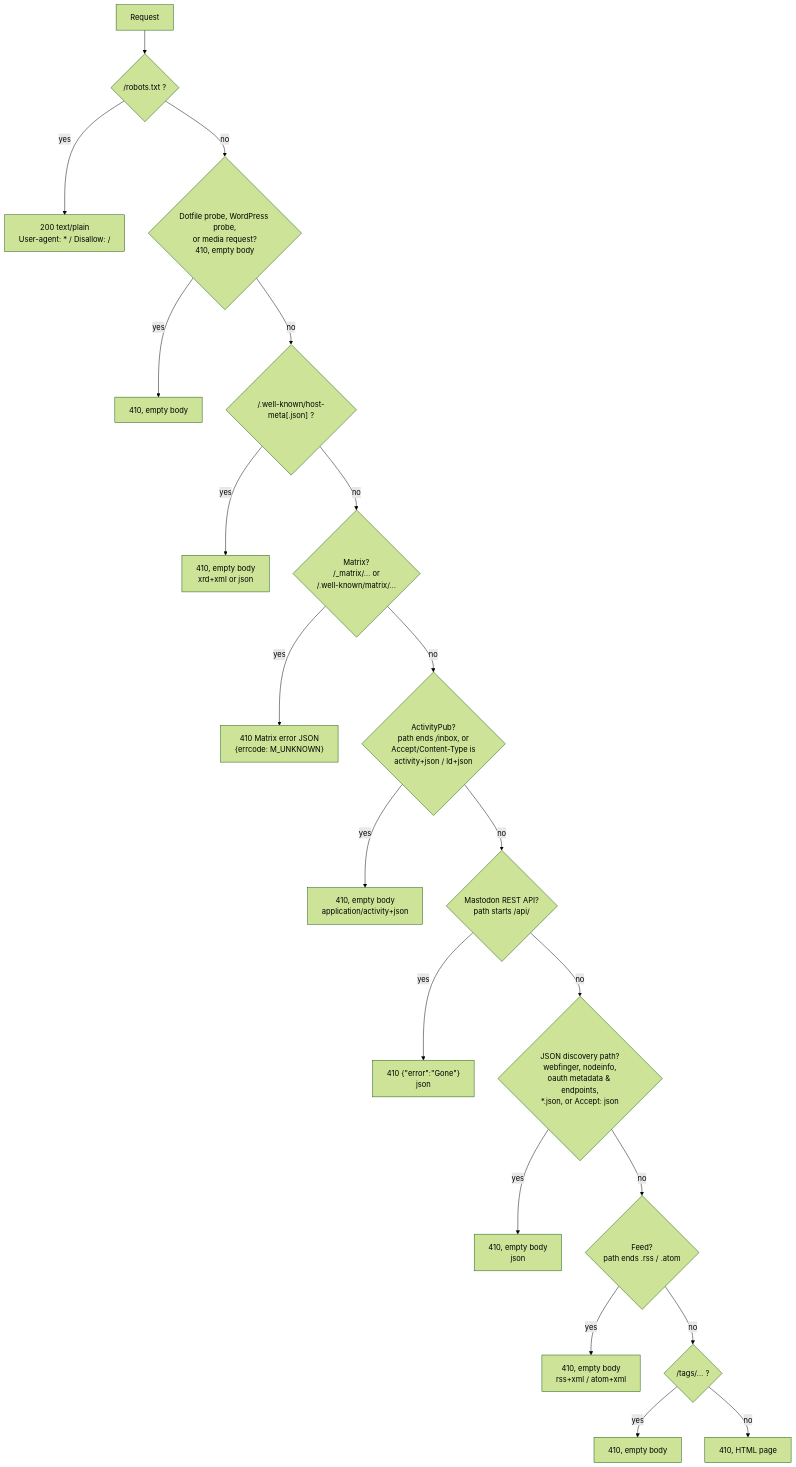
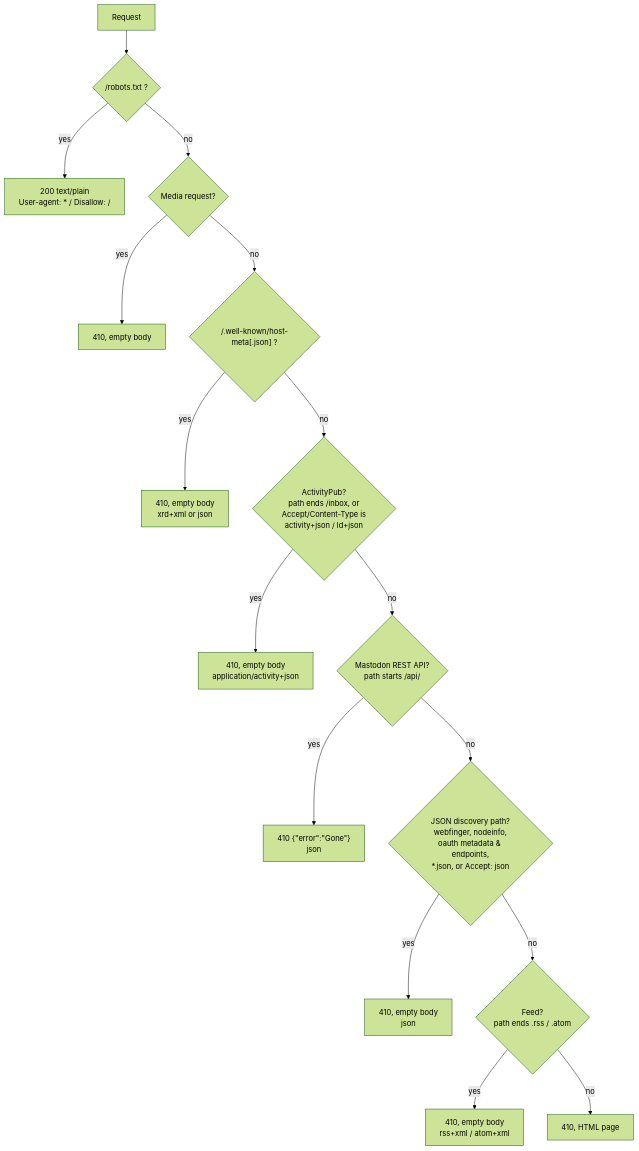
One commit to vmstio/gone changed the diagram in README.md. Above: the diagram before and after it, drawn with Mermaid (forest theme). The commit also changed other lines of this file and 1 other file, not shown here.

First line of the commit message:
Remove Matrix, WordPress, dotfile, and hashtag path handling

````diff
--- a/README.md
+++ b/README.md
@@ -64,22 +64,18 @@
 ```mermaid
 flowchart TD
     A["Request"] --> B{"/robots.txt ?"}
     B -- yes --> B1["200 text/plain\nUser-agent: * / Disallow: /"]
-    B -- no --> C{"Dotfile probe, WordPress probe,\nor media request?\n410, empty body"}
+    B -- no --> C{"Media request?"}
     C -- yes --> C1["410, empty body"]
     C -- no --> E{"/.well-known/host-meta[.json] ?"}
     E -- yes --> E1["410, empty body\nxrd+xml or json"]
-    E -- no --> F{"Matrix?\n/_matrix/… or\n/.well-known/matrix/…"}
-    F -- yes --> F1["410 Matrix error JSON\n{errcode: M_UNKNOWN}"]
-    F -- no --> H{"ActivityPub?\npath ends /inbox, or\nAccept/Content-Type is\nactivity+json / ld+json"}
+    E -- no --> H{"ActivityPub?\npath ends /inbox, or\nAccept/Content-Type is\nactivity+json / ld+json"}
     H -- yes --> H1["410, empty body\napplication/activity+json"]
     H -- no --> G{"Mastodon REST API?\npath starts /api/"}
     G -- yes --> G1["410 {#quot;error#quot;:#quot;Gone#quot;}\njson"]
     G -- no --> I{"JSON discovery path?\nwebfinger, nodeinfo,\noauth metadata & endpoints,\n*.json, or Accept: json"}
     I -- yes --> I1["410, empty body\njson"]
     I -- no --> J{"Feed?\npath ends .rss / .atom"}
     J -- yes --> J1["410, empty body\nrss+xml / atom+xml"]
-    J -- no --> K{"/tags/… ?"}
-    K -- yes --> K1["410, empty body"]
-    K -- no --> L["410, HTML page"]
+    J -- no --> L["410, HTML page"]
 ```
````
